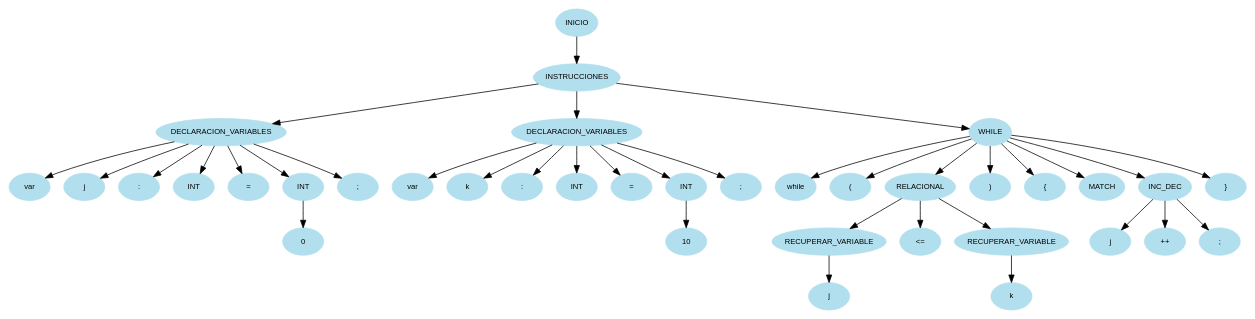
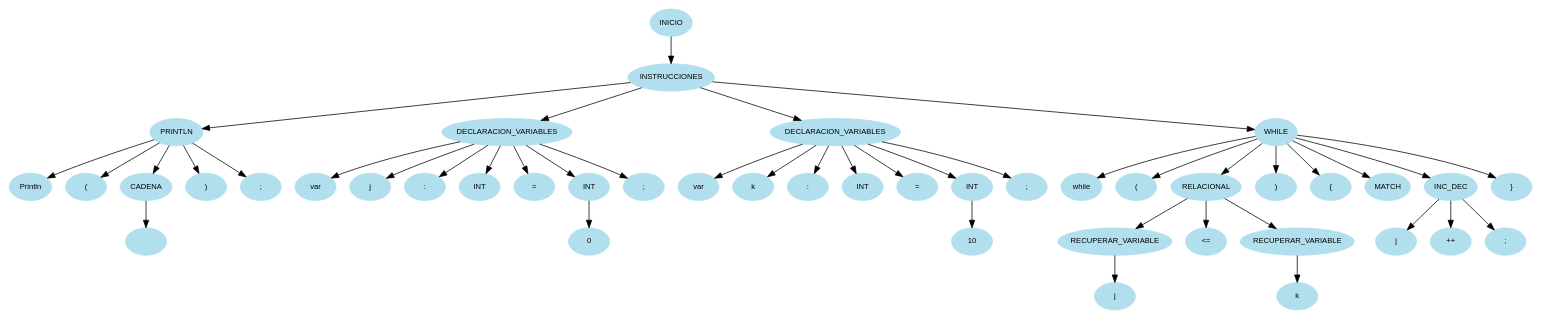
The diagram in Fase_1/Reports/arbolAST.dot (MMP119/OLC1_JavaCraft), drawn with Graphviz before and after one commit. The commit also changed 4 other files, not shown here.

```diff
--- a/Fase_1/Reports/arbolAST.dot
+++ b/Fase_1/Reports/arbolAST.dot
@@ -1,77 +1,91 @@
 digraph arbolAST{
 node [shape=oval, style=filled, color=lightblue2, fontname=Helvetica, fontsize=10];
 edge [fontname=Helvetica, fontsize=10];
 n0[label="INICIO"];
 n1[label="INSTRUCCIONES"];
 n0 -> n1;
-n2[label="DECLARACION_VARIABLES"];
+n2[label="PRINTLN"];
 n1 -> n2;
-n3[label="var"];
+n3[label="Println"];
 n2 -> n3;
-n4[label="j"];
+n4[label="("];
 n2 -> n4;
-n5[label=":"];
+n5[label="CADENA"];
 n2 -> n5;
-n6[label="INT"];
-n2 -> n6;
-n7[label="="];
+n6[label=""];
+n5 -> n6;
+n7[label=")"];
 n2 -> n7;
-n8[label="INT"];
+n8[label=";"];
 n2 -> n8;
-n9[label="0"];
-n8 -> n9;
-n10[label=";"];
-n2 -> n10;
-n11[label="DECLARACION_VARIABLES"];
-n1 -> n11;
-n12[label="var"];
-n11 -> n12;
-n13[label="k"];
-n11 -> n13;
-n14[label=":"];
-n11 -> n14;
+n9[label="DECLARACION_VARIABLES"];
+n1 -> n9;
+n10[label="var"];
+n9 -> n10;
+n11[label="j"];
+n9 -> n11;
+n12[label=":"];
+n9 -> n12;
+n13[label="INT"];
+n9 -> n13;
+n14[label="="];
+n9 -> n14;
 n15[label="INT"];
-n11 -> n15;
-n16[label="="];
-n11 -> n16;
-n17[label="INT"];
-n11 -> n17;
-n18[label="10"];
-n17 -> n18;
-n19[label=";"];
-n11 -> n19;
-n20[label="WHILE"];
-n1 -> n20;
-n21[label="while"];
-n20 -> n21;
-n22[label="("];
-n20 -> n22;
-n23[label="RELACIONAL"];
-n20 -> n23;
-n24[label="RECUPERAR_VARIABLE"];
-n23 -> n24;
-n25[label="j"];
+n9 -> n15;
+n16[label="0"];
+n15 -> n16;
+n17[label=";"];
+n9 -> n17;
+n18[label="DECLARACION_VARIABLES"];
+n1 -> n18;
+n19[label="var"];
+n18 -> n19;
+n20[label="k"];
+n18 -> n20;
+n21[label=":"];
+n18 -> n21;
+n22[label="INT"];
+n18 -> n22;
+n23[label="="];
+n18 -> n23;
+n24[label="INT"];
+n18 -> n24;
+n25[label="10"];
 n24 -> n25;
-n26[label="<="];
-n23 -> n26;
-n27[label="RECUPERAR_VARIABLE"];
-n23 -> n27;
-n28[label="k"];
+n26[label=";"];
+n18 -> n26;
+n27[label="WHILE"];
+n1 -> n27;
+n28[label="while"];
 n27 -> n28;
-n29[label=")"];
-n20 -> n29;
-n30[label="{"];
-n20 -> n30;
-n31[label="MATCH"];
-n20 -> n31;
-n32[label="INC_DEC"];
-n20 -> n32;
-n33[label="j"];
-n32 -> n33;
-n34[label="++"];
-n32 -> n34;
-n35[label=";"];
-n32 -> n35;
-n36[label="}"];
-n20 -> n36;
+n29[label="("];
+n27 -> n29;
+n30[label="RELACIONAL"];
+n27 -> n30;
+n31[label="RECUPERAR_VARIABLE"];
+n30 -> n31;
+n32[label="j"];
+n31 -> n32;
+n33[label="<="];
+n30 -> n33;
+n34[label="RECUPERAR_VARIABLE"];
+n30 -> n34;
+n35[label="k"];
+n34 -> n35;
+n36[label=")"];
+n27 -> n36;
+n37[label="{"];
+n27 -> n37;
+n38[label="MATCH"];
+n27 -> n38;
+n39[label="INC_DEC"];
+n27 -> n39;
+n40[label="j"];
+n39 -> n40;
+n41[label="++"];
+n39 -> n41;
+n42[label=";"];
+n39 -> n42;
+n43[label="}"];
+n27 -> n43;
 }
```
